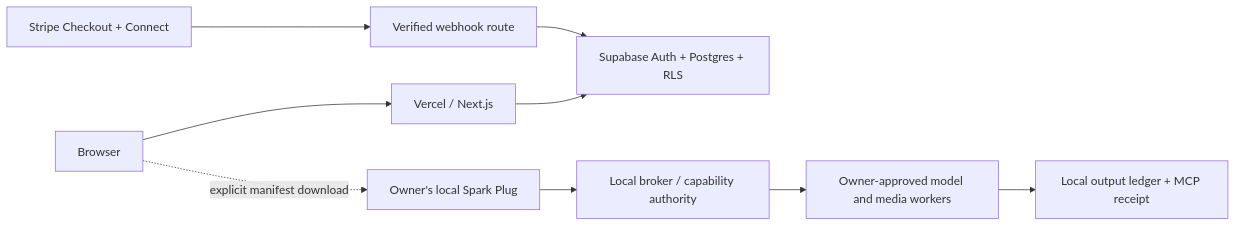
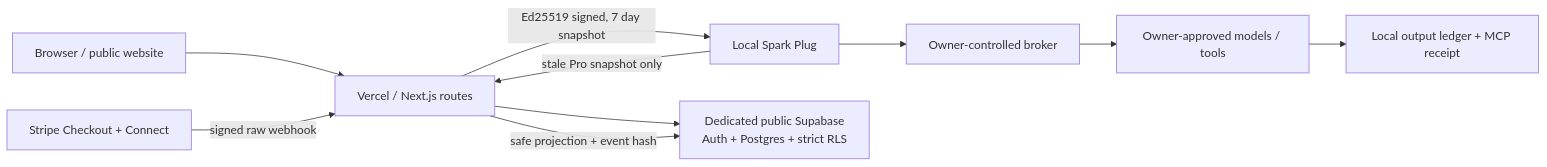
The diagram in docs/ARCHITECTURE.md (GameWorldsDEV/spark-plug), drawn with Mermaid before and after one commit. The commit also changed other lines of this file and 41 other files, not shown here.

````diff
--- a/docs/ARCHITECTURE.md
+++ b/docs/ARCHITECTURE.md
@@ -6,11 +8,12 @@
 ```mermaid
 flowchart LR
-  Browser["Browser"] --> Vercel["Vercel / Next.js"]
-  Vercel --> Supabase["Supabase Auth + Postgres + RLS"]
-  Stripe["Stripe Checkout + Connect"] --> Webhook["Verified webhook route"]
-  Webhook --> Supabase
-  Browser -. "explicit manifest download" .-> Local["Owner's local Spark Plug"]
-  Local --> Broker["Local broker / capability authority"]
-  Broker --> Compute["Owner-approved model and media workers"]
+  Browser["Browser / public website"] --> Edge["Vercel / Next.js routes"]
+  Local["Local Spark Plug"] -->|"stale Pro snapshot only"| Edge
+  Edge --> PublicDB["Dedicated public Supabase\nAuth + Postgres + strict RLS"]
+  Stripe["Stripe Checkout + Connect"] -->|"signed raw webhook"| Edge
+  Edge -->|"safe projection + event hash"| PublicDB
+  Edge -->|"Ed25519 signed, 7 day snapshot"| Local
+  Local --> Broker["Owner-controlled broker"]
+  Broker --> Compute["Owner-approved models / tools"]
   Compute --> Ledger["Local output ledger + MCP receipt"]
 ```
````
